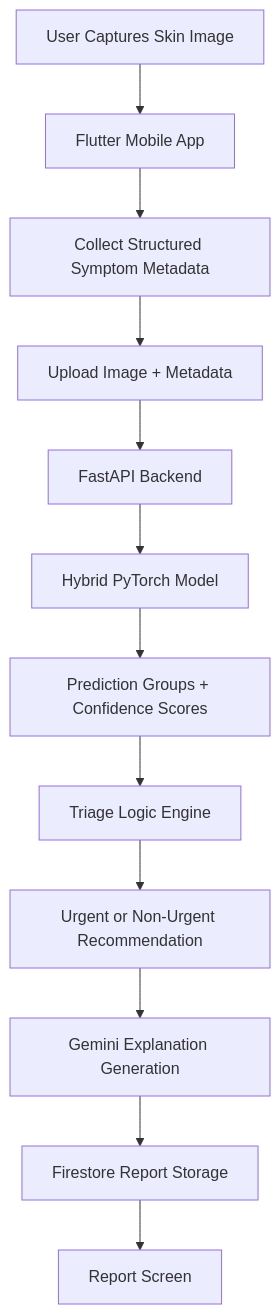
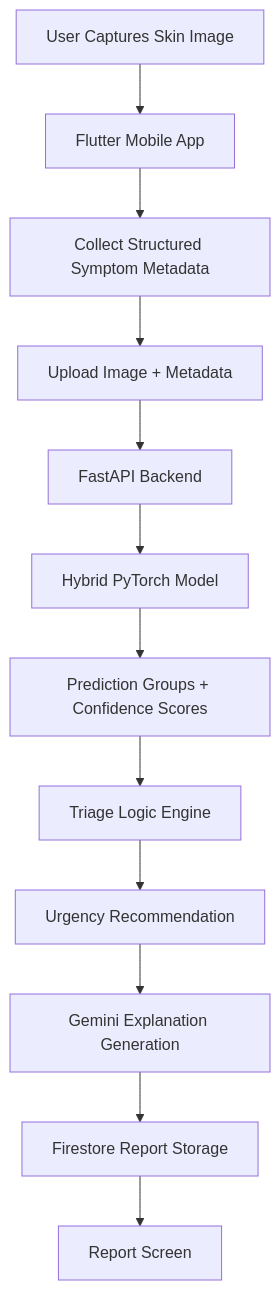
The diagram in README.md (kashishgupta2911/SkinBuddy), drawn with Mermaid before and after one commit.

Commit message:
Update urgency recommendation terminology in README

````diff
--- a/README.md
+++ b/README.md
@@ -51,25 +51,25 @@
 ```mermaid
 flowchart TD
 
 A[User Captures Skin Image] --> B[Flutter Mobile App]
 
 B --> C[Collect Structured Symptom Metadata]
 
 C --> D[Upload Image + Metadata]
 
 D --> E[FastAPI Backend]
 
 E --> F[Hybrid PyTorch Model]
 
 F --> G[Prediction Groups + Confidence Scores]
 
 G --> H[Triage Logic Engine]
 
-H --> I[Urgent or Non-Urgent Recommendation]
+H --> I[Urgency Recommendation]
 
 I --> J[Gemini Explanation Generation]
 
 J --> K[Firestore Report Storage]
 
 K --> L[Report Screen]
 ```
````
